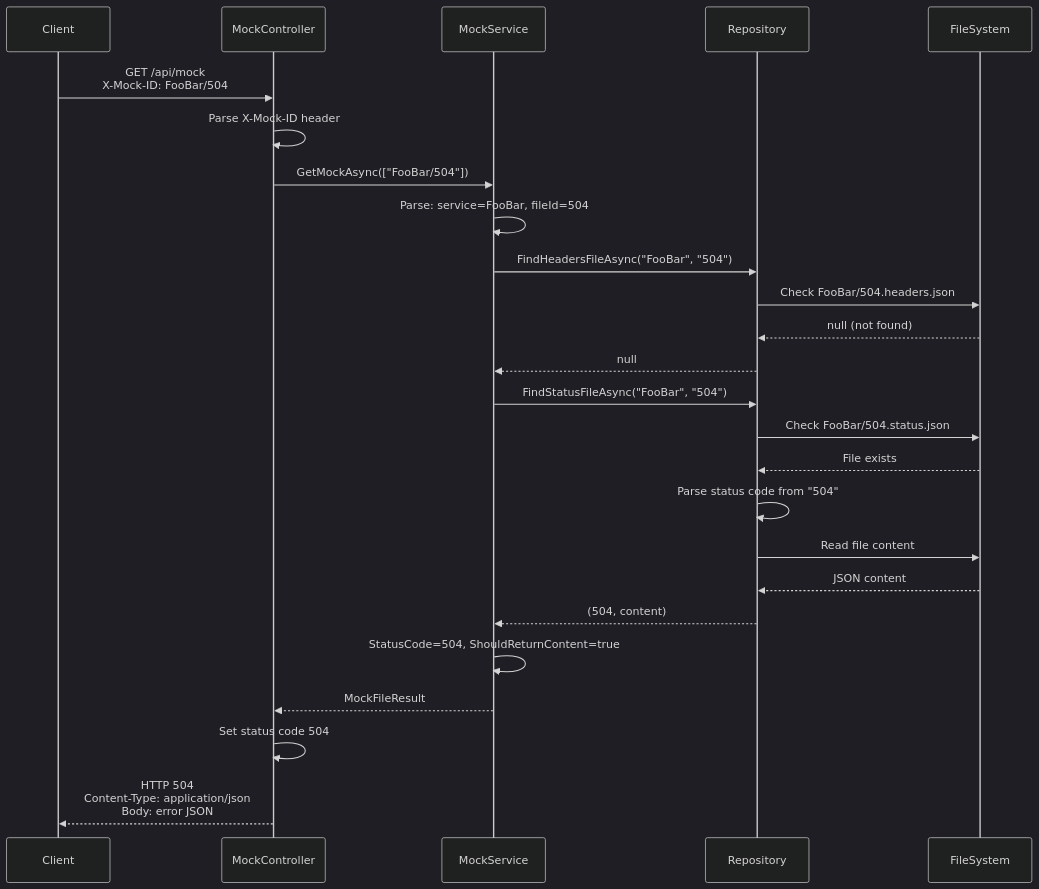
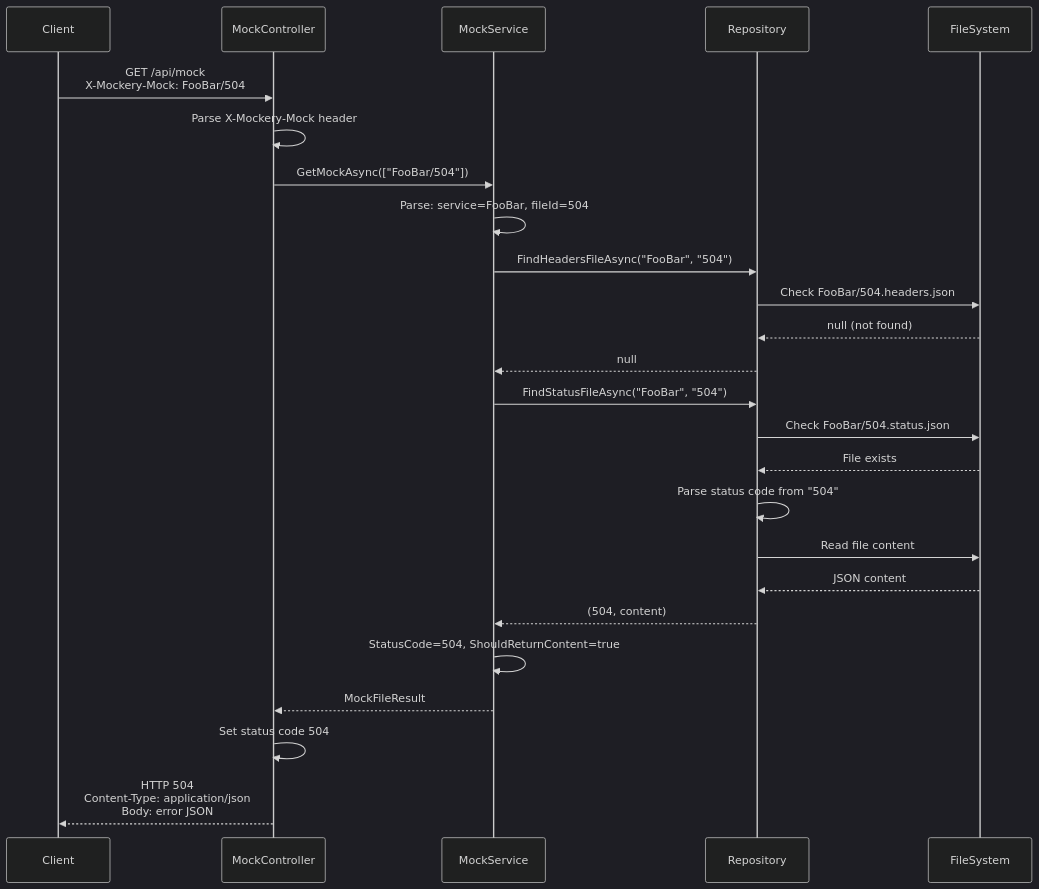
One commit to busadave13/Mockery changed the third of 4 diagrams in .docs/mockery-design.md. Above: the diagram before and after it, drawn with Mermaid (dark theme). The commit also changed other lines of this file and 9 other files, not shown here.

````diff
--- a/.docs/mockery-design.md
+++ b/.docs/mockery-design.md
@@ -953,32 +953,32 @@
 ```mermaid
 sequenceDiagram
     participant Client
     participant Controller as MockController
     participant Service as MockService
     participant Repo as Repository
     participant FS as FileSystem
 
-    Client->>Controller: GET /api/mock<br/>X-Mock-ID: FooBar/504
-    Controller->>Controller: Parse X-Mock-ID header
+    Client->>Controller: GET /api/mock<br/>X-Mockery-Mock: FooBar/504
+    Controller->>Controller: Parse X-Mockery-Mock header
     Controller->>Service: GetMockAsync(["FooBar/504"])
 
     Service->>Service: Parse: service=FooBar, fileId=504
     Service->>Repo: FindHeadersFileAsync("FooBar", "504")
     Repo->>FS: Check FooBar/504.headers.json
     FS-->>Repo: null (not found)
     Repo-->>Service: null
 
     Service->>Repo: FindStatusFileAsync("FooBar", "504")
     Repo->>FS: Check FooBar/504.status.json
     FS-->>Repo: File exists
     Repo->>Repo: Parse status code from "504"
     Repo->>FS: Read file content
     FS-->>Repo: JSON content
     Repo-->>Service: (504, content)
 
     Service->>Service: StatusCode=504, ShouldReturnContent=true
     Service-->>Controller: MockFileResult
 
     Controller->>Controller: Set status code 504
     Controller-->>Client: HTTP 504<br/>Content-Type: application/json<br/>Body: error JSON
 ```
````
